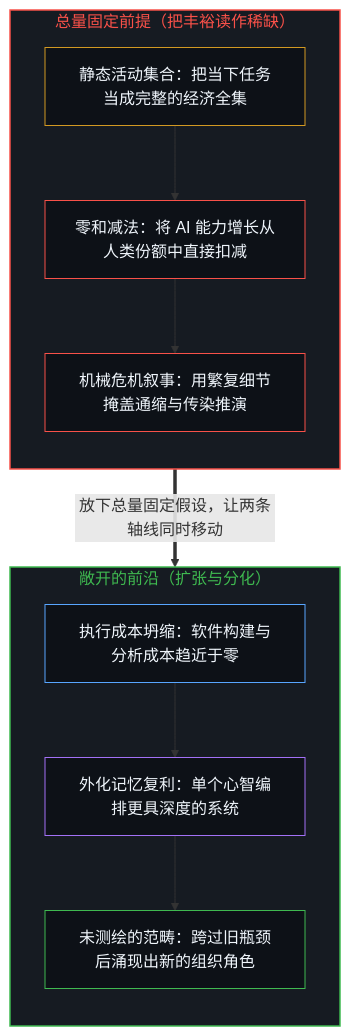
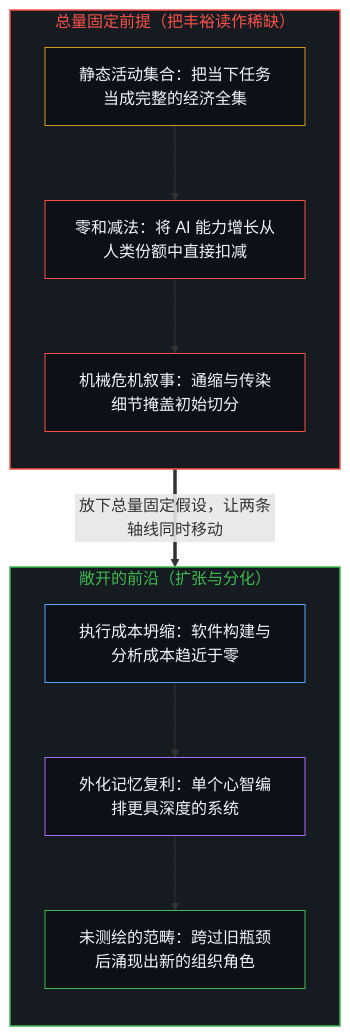
The first of 2 diagrams in content/posts/when-abundance-looks-like-scarcity.md (powerpig99/not-a-toe), drawn with Mermaid before and after one commit. The commit also changed other lines of this file and 4 other files, not shown here.

````diff
--- a/content/posts/when-abundance-looks-like-scarcity.md
+++ b/content/posts/when-abundance-looks-like-scarcity.md
@@ -35,26 +35,26 @@
 ```mermaid
 flowchart TD
     subgraph S_Fixed["总量固定前提（把丰裕读作稀缺）"]
         direction TB
         F_Hold["静态活动集合：把当下任务当成完整的经济全集"]
         F_Sub["零和减法：将 AI 能力增长从人类份额中直接扣减"]
-        F_Panic["机械危机叙事：用繁复细节掩盖通缩与传染推演"]
+        F_Panic["机械危机叙事：通缩与传染细节掩盖初始切分"]
         F_Hold --> F_Sub --> F_Panic
     end
     subgraph S_Expand["敞开的前沿（扩张与分化）"]
         direction TB
         E_Cheap["执行成本坍缩：软件构建与分析成本趋近于零"]
         E_Memory["外化记忆复利：单个心智编排更具深度的系统"]
         E_New["未测绘的范畴：跨过旧瓶颈后涌现出新的组织角色"]
         E_Cheap --> E_Memory --> E_New
     end
     F_Panic ==>|"放下总量固定假设，让两条轴线同时移动"| E_Cheap
     style S_Fixed fill:#161b22,stroke:#f85149,stroke-width:1.5px,color:#f85149
     style S_Expand fill:#161b22,stroke:#3fb950,stroke-width:1.5px,color:#3fb950
     style F_Hold fill:#0d1117,stroke:#d29922,stroke-width:1px,color:#f0f6fc
     style F_Sub fill:#0d1117,stroke:#f85149,stroke-width:1px,color:#f0f6fc
     style F_Panic fill:#0d1117,stroke:#f85149,stroke-width:1px,color:#f0f6fc
     style E_Cheap fill:#0d1117,stroke:#58a6ff,stroke-width:1px,color:#f0f6fc
     style E_Memory fill:#0d1117,stroke:#a371f7,stroke-width:1px,color:#f0f6fc
     style E_New fill:#0d1117,stroke:#3fb950,stroke-width:1px,color:#f0f6fc
 ```
````
